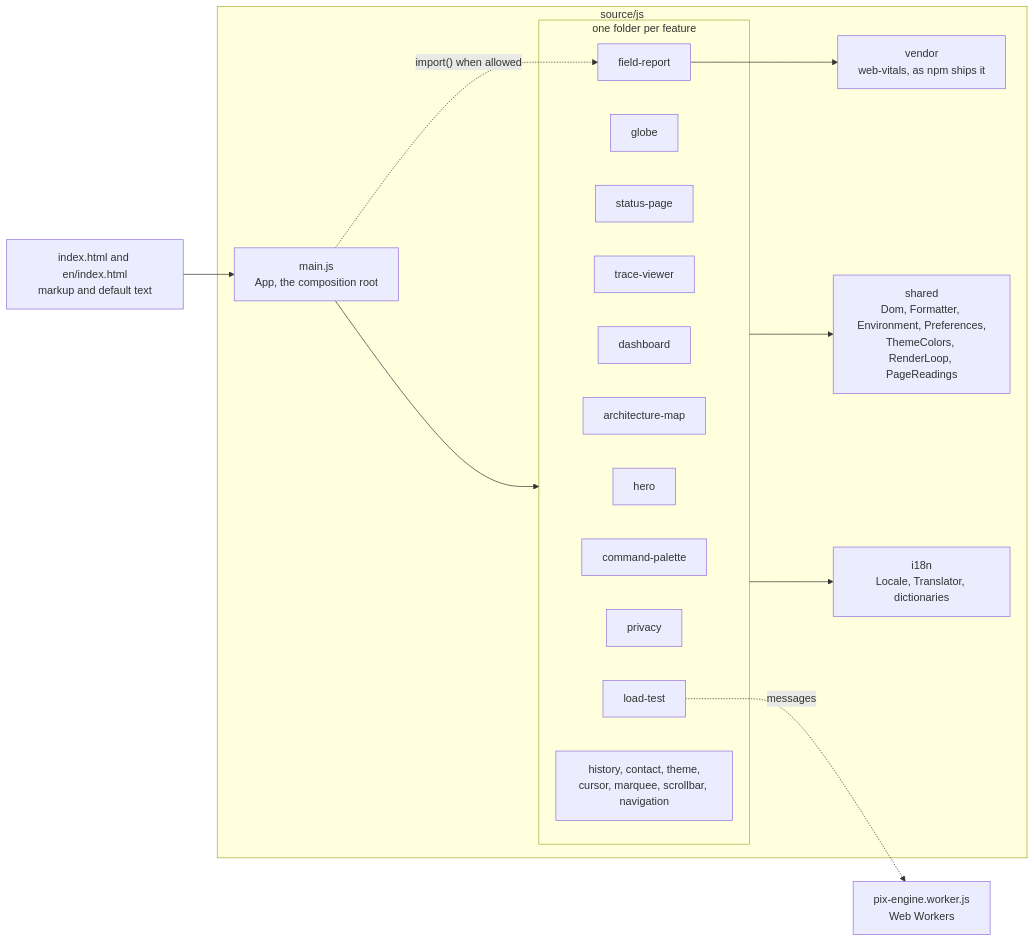
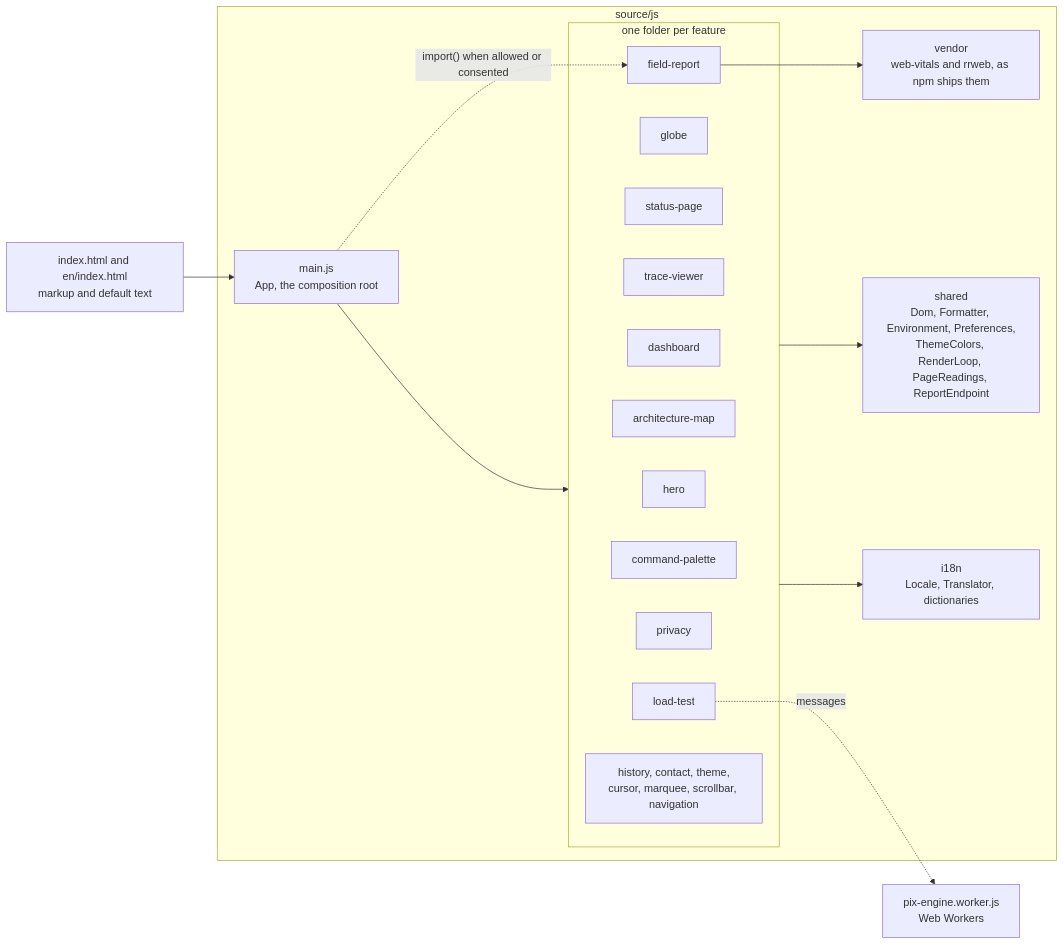
Before and after one commit to GustavoEklund/eklund.com.br: the first of 2 diagrams in docs/architecture.md, drawn with Mermaid. The commit also changed other lines of this file and 84 other files, not shown here.

````diff
--- a/docs/architecture.md
+++ b/docs/architecture.md
@@ -9,29 +9,29 @@
 ```mermaid
 flowchart LR
   html["index.html and en/index.html<br/>markup and default text"] --> main
   subgraph js["source/js"]
     main["main.js<br/>App, the composition root"]
     subgraph features["one folder per feature"]
       hero["hero"]
       globe["globe"]
       status["status-page"]
       trace["trace-viewer"]
       dashboard["dashboard"]
       map["architecture-map"]
       load["load-test"]
       palette["command-palette"]
       privacy["privacy"]
       report["field-report"]
       more["history, contact, theme,<br/>cursor, marquee, scrollbar, navigation"]
     end
-    vendor["vendor<br/>web-vitals, as npm ships it"]
-    shared["shared<br/>Dom, Formatter, Environment, Preferences,<br/>ThemeColors, RenderLoop, PageReadings"]
+    vendor["vendor<br/>web-vitals and rrweb, as npm ships them"]
+    shared["shared<br/>Dom, Formatter, Environment, Preferences,<br/>ThemeColors, RenderLoop, PageReadings, ReportEndpoint"]
     i18n["i18n<br/>Locale, Translator, dictionaries"]
   end
   main --> features
   features --> shared
   features --> i18n
   report --> vendor
   load -. "messages" .-> worker["pix-engine.worker.js<br/>Web Workers"]
-  main -. "import() when allowed" .-> report
+  main -. "import() when allowed or consented" .-> report
 ```
````
